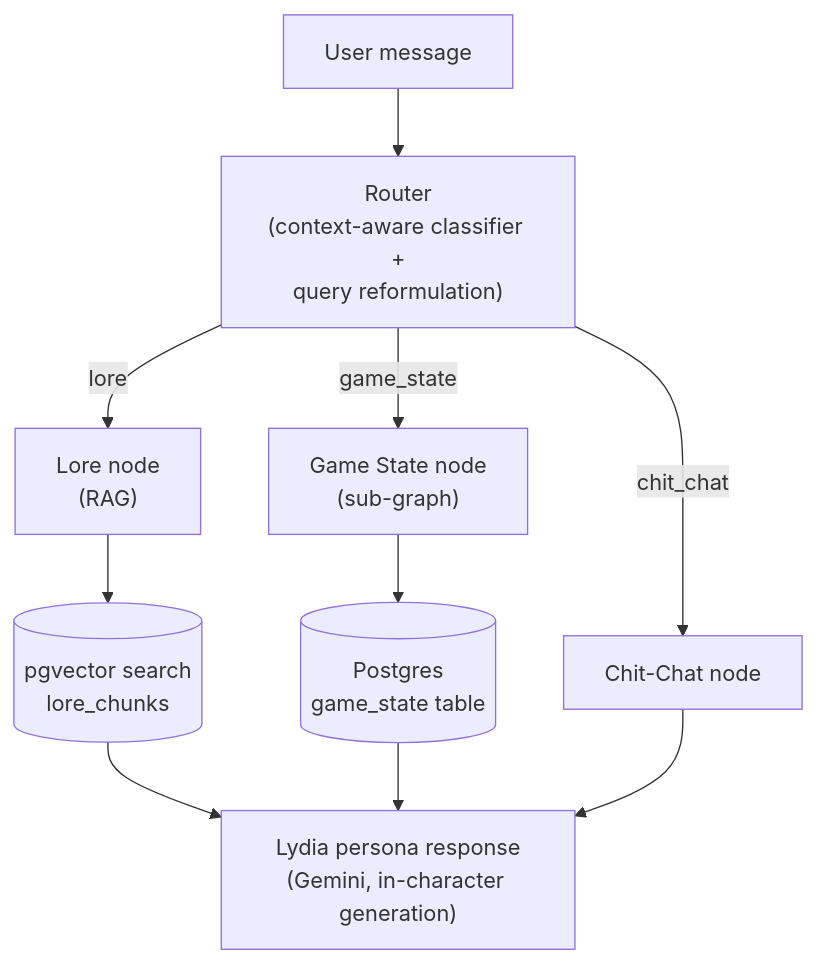
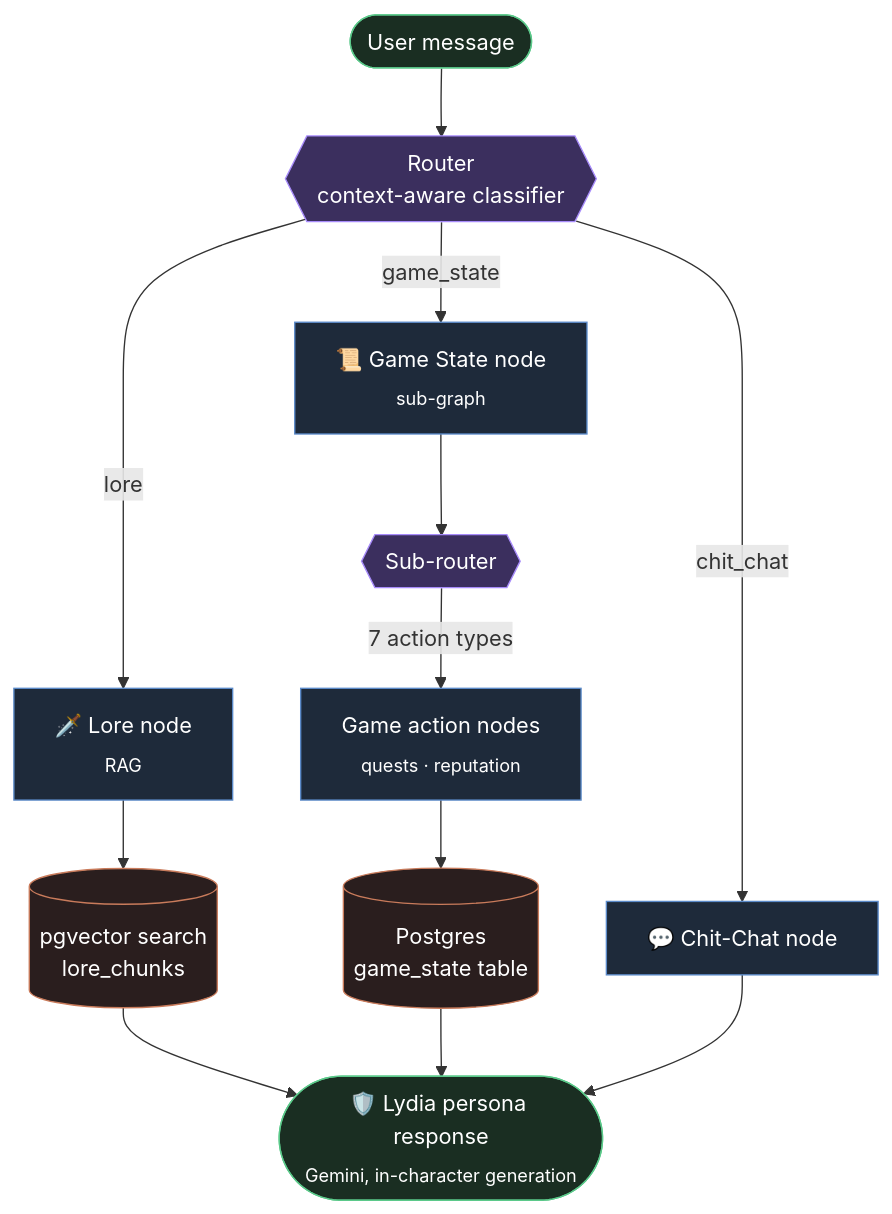
Before and after one commit to Alexs2256/skyrim-npc-rag: the diagram in README.md, drawn with Mermaid. The commit also changed other lines of this file, not shown here.

Commit message:
Enhance architecture diagram with icons and details
Updated the architecture diagram in README.md to include icons for nodes and clarify sub-router actions.

````diff
--- a/README.md
+++ b/README.md
@@ -24,15 +24,28 @@
 ```mermaid
 flowchart TD
-    U[User message] --> R["Router<br/>(context-aware classifier +<br/>query reformulation)"]
+    U([User message]) --> R{{"Router<br/>context-aware classifier"}}
 
-    R -->|lore| L["Lore node<br/>(RAG)"]
-    R -->|game_state| G["Game State node<br/>(sub-graph)"]
-    R -->|chit_chat| C["Chit-Chat node"]
+    R -->|lore| L["🗡️ Lore node<br/><sub>RAG</sub>"]
+    R -->|game_state| G["📜 Game State node<br/><sub>sub-graph</sub>"]
+    R -->|chit_chat| C["💬 Chit-Chat node"]
+
+    G --> GSR{{"Sub-router"}}
+    GSR -->|"7 action types"| GA["Game action nodes<br/><sub>quests · reputation</sub>"]
 
     L --> PV[("pgvector search<br/>lore_chunks")]
-    G --> PG[("Postgres<br/>game_state table")]
+    GA --> PG[("Postgres<br/>game_state table")]
 
-    PV --> RESP["Lydia persona response<br/>(Gemini, in-character generation)"]
+    PV --> RESP(["🛡️ Lydia persona response<br/><sub>Gemini, in-character generation</sub>"])
     PG --> RESP
     C --> RESP
+
+    classDef router fill:#3b2f5e,stroke:#a78bfa,color:#fff,stroke-width:1px
+    classDef node fill:#1e2a3a,stroke:#5b8ac9,color:#fff,stroke-width:1px
+    classDef store fill:#2a1e1e,stroke:#c97b5b,color:#fff,stroke-width:1px
+    classDef term fill:#1a2e22,stroke:#5bc98a,color:#fff,stroke-width:1px
+
+    class R,GSR router
+    class L,G,C,GA node
+    class PV,PG store
+    class U,RESP term
 ```
````
